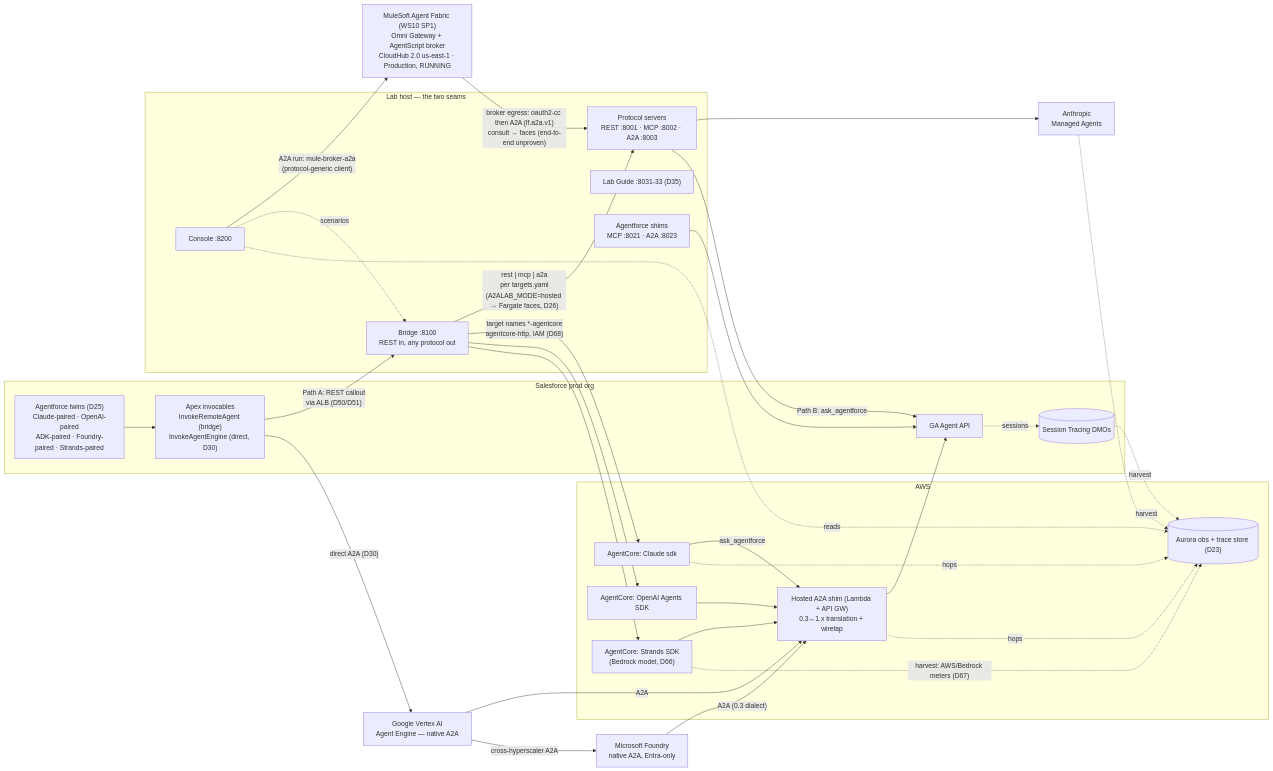
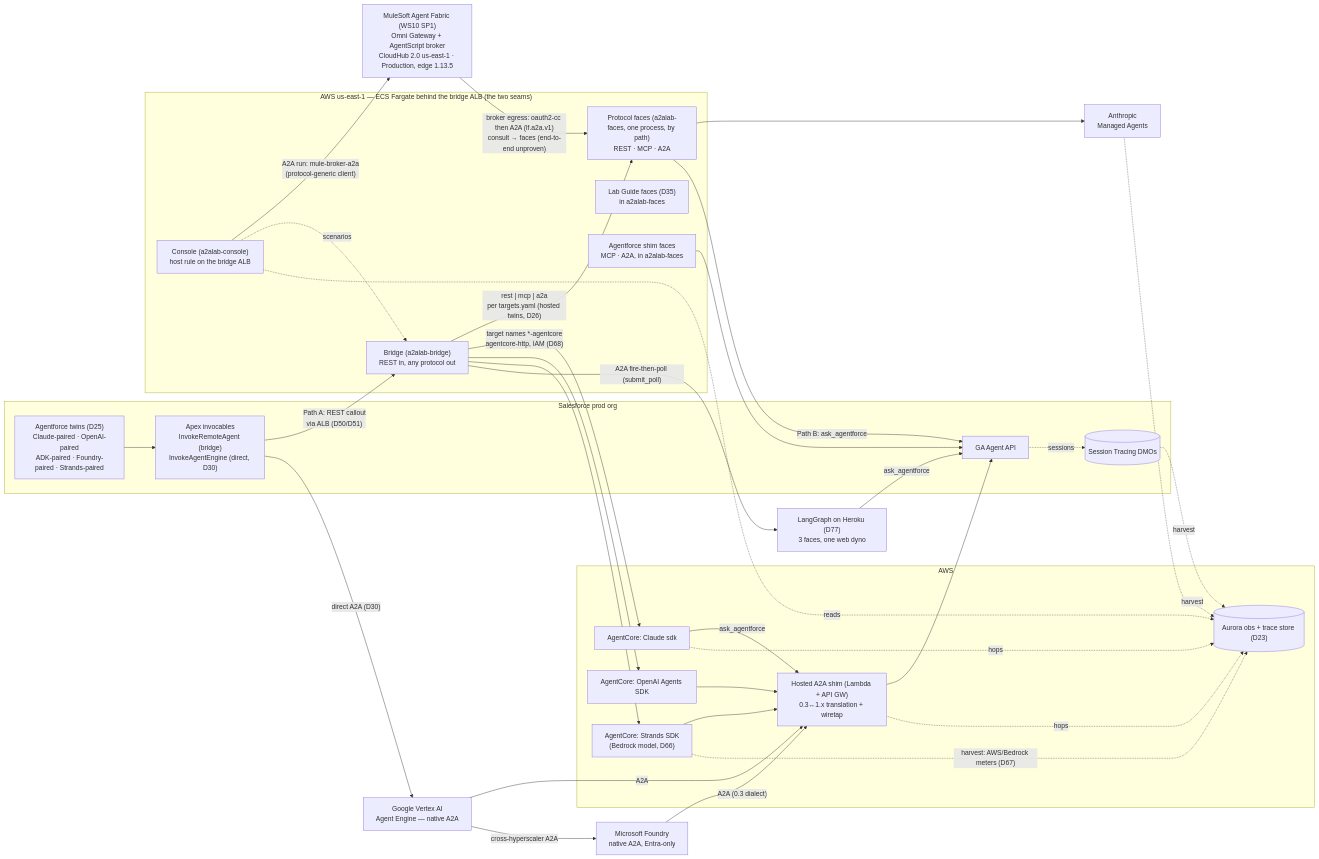
Before and after one commit to congmingwudi/a2a-lab: the second of 4 diagrams in README.md, drawn with Mermaid. The commit also changed other lines of this file and 15 other files, not shown here.

First line of the commit message:
WS30: Digital Wallet consumption tab scaffold + architecture sweep fixes

````diff
--- a/README.md
+++ b/README.md
@@ -268,59 +268,62 @@
 ```mermaid
 flowchart LR
     subgraph sforg["Salesforce prod org"]
         TWINS["Agentforce twins (D25)<br/>Claude-paired · OpenAI-paired<br/>ADK-paired · Foundry-paired · Strands-paired"]
         APEX["Apex invocables<br/>InvokeRemoteAgent (bridge)<br/>InvokeAgentEngine (direct, D30)"]
         AGENTAPI["GA Agent API"]
         STDM[("Session Tracing DMOs")]
         TWINS --> APEX
         AGENTAPI -. sessions .-> STDM
     end
 
-    subgraph lab["Lab host — the two seams"]
-        BR["Bridge :8100<br/>REST in, any protocol out"]
-        SRV["Protocol servers<br/>REST :8001 · MCP :8002 · A2A :8003"]
-        GUIDE["Lab Guide :8031-33 (D35)"]
-        SHIMS["Agentforce shims<br/>MCP :8021 · A2A :8023"]
-        CONSOLE["Console :8200"]
+    subgraph lab["AWS us-east-1 — ECS Fargate behind the bridge ALB (the two seams)"]
+        BR["Bridge (a2alab-bridge)<br/>REST in, any protocol out"]
+        SRV["Protocol faces (a2alab-faces, one process, by path)<br/>REST · MCP · A2A"]
+        GUIDE["Lab Guide faces (D35)<br/>in a2alab-faces"]
+        SHIMS["Agentforce shim faces<br/>MCP · A2A, in a2alab-faces"]
+        CONSOLE["Console (a2alab-console)<br/>host rule on the bridge ALB"]
     end
 
     subgraph aws["AWS"]
         ACC["AgentCore: Claude sdk"]
         ACO["AgentCore: OpenAI Agents SDK"]
         ACS["AgentCore: Strands SDK<br/>(Bedrock model, D66)"]
         HSHIM["Hosted A2A shim (Lambda + API GW)<br/>0.3↔1.x translation + wiretap"]
         OBSDB[("Aurora obs + trace store (D23)")]
     end
 
     CMA["Anthropic<br/>Managed Agents"]
     ADK["Google Vertex AI<br/>Agent Engine — native A2A"]
     FDY["Microsoft Foundry<br/>native A2A, Entra-only"]
+    LG["LangGraph on Heroku (D77)<br/>3 faces, one web dyno"]
 
-    MULEBK["MuleSoft Agent Fabric (WS10 SP1)<br/>Omni Gateway + AgentScript broker<br/>CloudHub 2.0 us-east-1 · Production, RUNNING"]
+    MULEBK["MuleSoft Agent Fabric (WS10 SP1)<br/>Omni Gateway + AgentScript broker<br/>CloudHub 2.0 us-east-1 · Production, edge 1.13.5"]
 
     APEX -- "Path A: REST callout<br/>via ALB (D50/D51)" --> BR
     APEX -- "direct A2A (D30)" --> ADK
-    BR -- "rest | mcp | a2a<br/>per targets.yaml<br/>(A2ALAB_MODE=hosted → Fargate faces, D26)" --> SRV
+    BR -- "rest | mcp | a2a<br/>per targets.yaml (hosted twins, D26)" --> SRV
     BR -- "target names *-agentcore<br/>agentcore-http, IAM (D68)" --> ACC
     BR --> ACO
     BR --> ACS
+    BR -- "A2A fire-then-poll (submit_poll)" --> LG
+    LG -- ask_agentforce --> AGENTAPI
     SRV --> CMA
     SRV -- "Path B: ask_agentforce" --> AGENTAPI
     SHIMS --> AGENTAPI
     ACC -- ask_agentforce --> HSHIM
     ACO --> HSHIM
     ACS --> HSHIM
     ADK -- A2A --> HSHIM
     FDY -- "A2A (0.3 dialect)" --> HSHIM
     ADK -- "cross-hyperscaler A2A" --> FDY
     HSHIM --> AGENTAPI
     CONSOLE -- "A2A run: mule-broker-a2a<br/>(protocol-generic client)" --> MULEBK
     MULEBK -- "broker egress: oauth2-cc then A2A (lf.a2a.v1)<br/>consult → faces (end-to-end unproven)" --> SRV
     CONSOLE -.scenarios.-> BR
     CONSOLE -.reads.-> OBSDB
     HSHIM -.hops.-> OBSDB
     ACC -.hops.-> OBSDB
     STDM -.harvest.-> OBSDB
     CMA -.harvest.-> OBSDB
     ACS -. "harvest: AWS/Bedrock meters (D67)" .-> OBSDB
 ```
````
